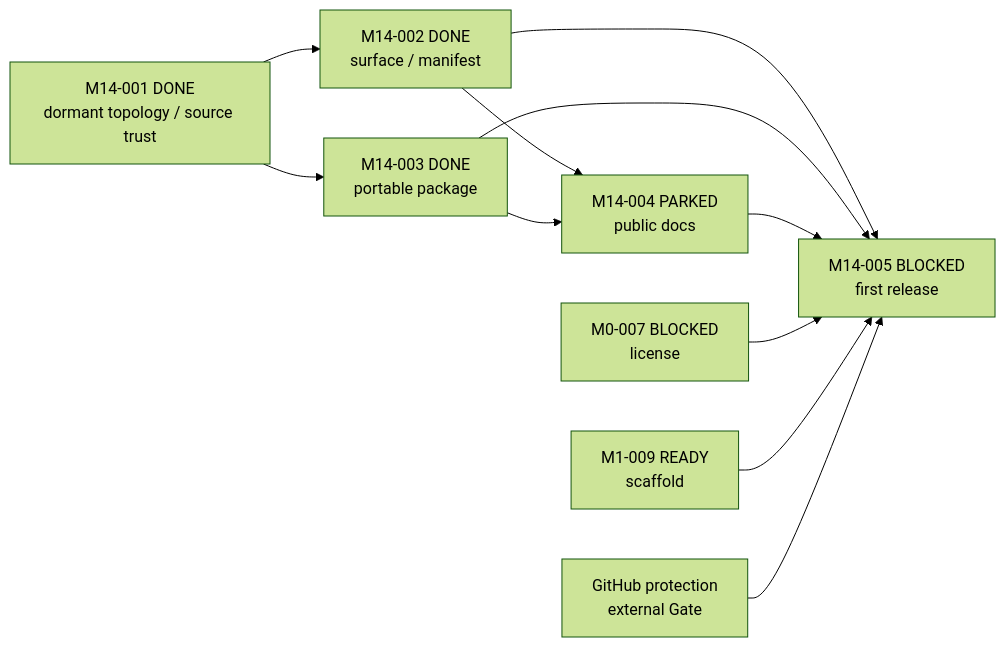
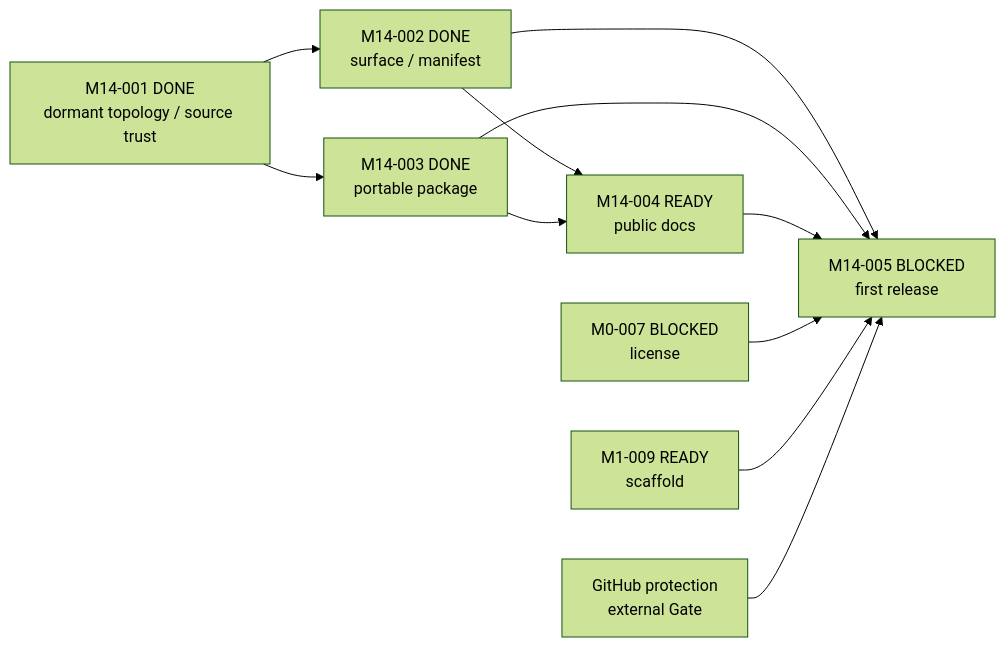
One commit to Chengyue-Lu/research-agent-workbench changed the fifth of 5 diagrams in docs/M_SERIES_IMPLEMENTATION_MAP.md. Above: the diagram before and after it, drawn with Mermaid (forest theme). The commit also changed other lines of this file and 17 other files, not shown here.

````diff
--- a/docs/M_SERIES_IMPLEMENTATION_MAP.md
+++ b/docs/M_SERIES_IMPLEMENTATION_MAP.md
@@ -174,13 +174,13 @@
 ```mermaid
 flowchart LR
     M14001["M14-001 DONE<br/>dormant topology / source trust"] --> M14002["M14-002 DONE<br/>surface / manifest"]
     M14001 --> M14003["M14-003 DONE<br/>portable package"]
-    M14002 --> M14004["M14-004 PARKED<br/>public docs"]
+    M14002 --> M14004["M14-004 READY<br/>public docs"]
     M14003 --> M14004
     M14002 --> M14005["M14-005 BLOCKED<br/>first release"]
     M14003 --> M14005
     M14004 --> M14005
     M0007["M0-007 BLOCKED<br/>license"] --> M14005
     M1009["M1-009 READY<br/>scaffold"] --> M14005
     Remote["GitHub protection<br/>external Gate"] --> M14005
 ```
````
